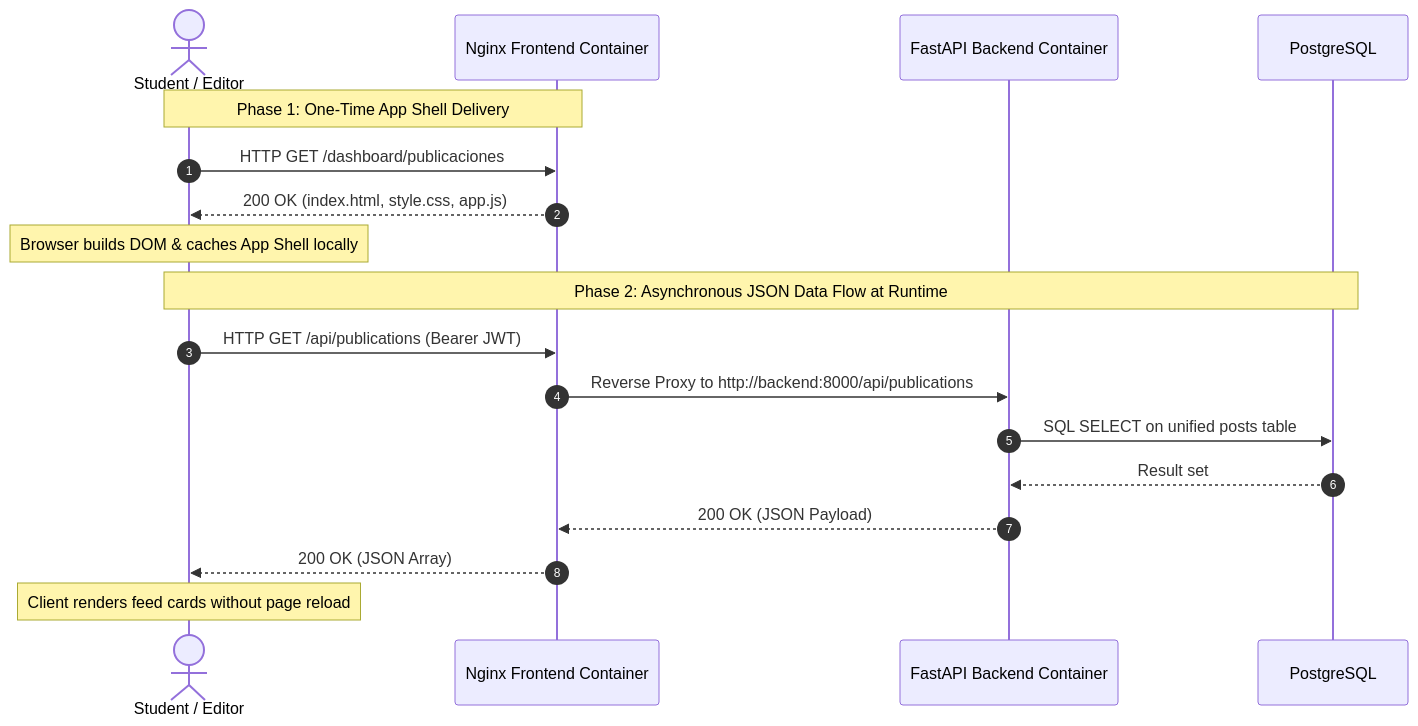
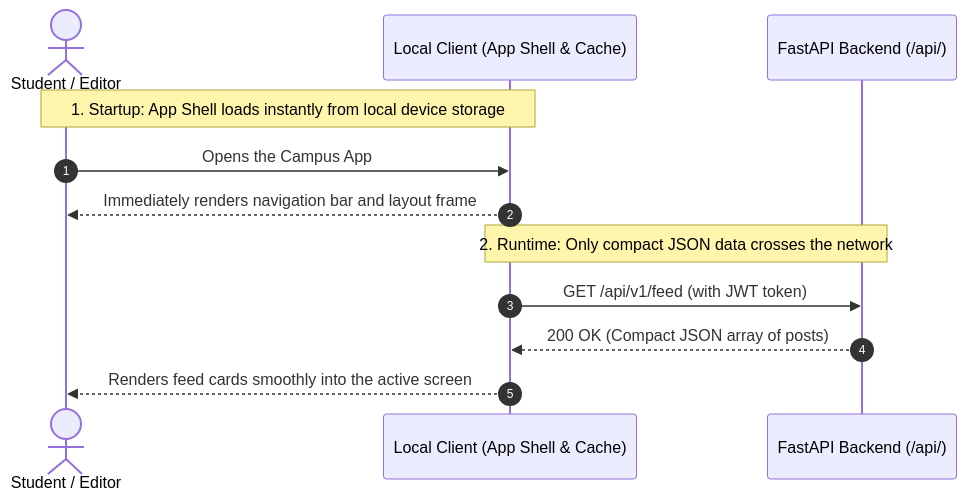
Before and after one commit to Pascal-Thommen/pascal-thommen.github.io: the first of 2 diagrams in content/posts/upa-campus-app-architecture-part-4/index.en.md, drawn with Mermaid. The commit also changed other lines of this file and 25 other files, not shown here.

Commit message:
feat(series): greenfield rewrite of UPA Campus App series and language-aware navigation (#17)

````diff
--- a/content/posts/upa-campus-app-architecture-part-4/index.en.md
+++ b/content/posts/upa-campus-app-architecture-part-4/index.en.md
@@ -30,22 +30,16 @@
 ```mermaid
 sequenceDiagram
     autonumber
     actor User as Student / Editor
-    participant Nginx as Nginx Frontend Container
-    participant Backend as FastAPI Backend Container
-    participant DB as PostgreSQL
+    participant Client as Local Client (App Shell & Cache)
+    participant API as FastAPI Backend (/api/)
 
-    Note over User,Nginx: Phase 1: One-Time App Shell Delivery
-    User->>Nginx: HTTP GET /dashboard/publicaciones
-    Nginx-->>User: 200 OK (index.html, style.css, app.js)
-    Note over User: Browser builds DOM & caches App Shell locally
+    Note over User,Client: 1. Startup: App Shell loads instantly from local device storage
+    User->>Client: Opens the Campus App
+    Client-->>User: Immediately renders navigation bar and layout frame
 
-    Note over User,DB: Phase 2: Asynchronous JSON Data Flow at Runtime
-    User->>Nginx: HTTP GET /api/publications (Bearer JWT)
-    Nginx->>Backend: Reverse Proxy to http://backend:8000/api/publications
-    Backend->>DB: SQL SELECT on unified posts table
-    DB-->>Backend: Result set
-    Backend-->>Nginx: 200 OK (JSON Payload)
-    Nginx-->>User: 200 OK (JSON Array)
-    Note over User: Client renders feed cards without page reload
+    Note over Client,API: 2. Runtime: Only compact JSON data crosses the network
+    Client->>API: GET /api/v1/feed (with JWT token)
+    API-->>Client: 200 OK (Compact JSON array of posts)
+    Client-->>User: Renders feed cards smoothly into the active screen
 ```
````
